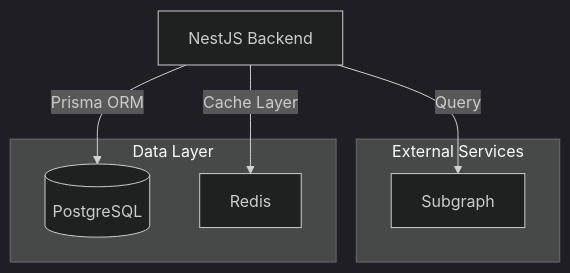
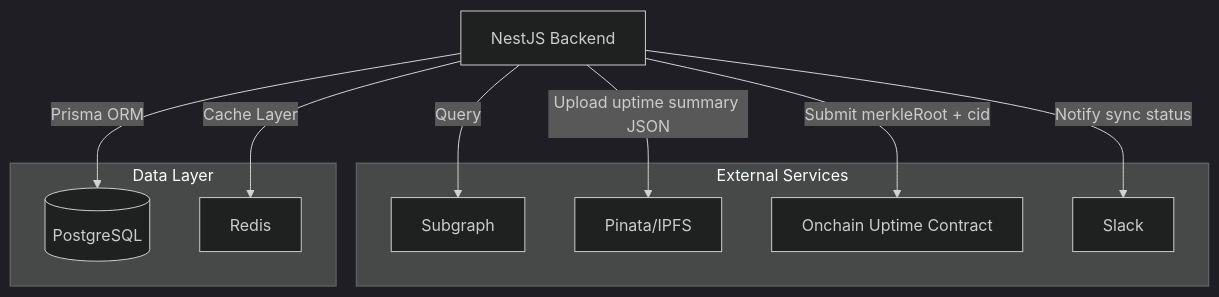
One commit to LFGInc/node-system-docs changed the diagram in docs/backend.md. Above: the diagram before and after it, drawn with Mermaid (dark theme). The commit also changed other lines of this file and 2 other files, not shown here.

Commit message:
docs: replace datagram integration with onchain uptime flow

````diff
--- a/docs/backend.md
+++ b/docs/backend.md
@@ -91,20 +93,29 @@
 ```mermaid
 graph TD
     A[NestJS Backend]
     G[Subgraph]
+    I[Pinata/IPFS]
+    C[Onchain Uptime Contract]
+    S[Slack]
     P[(PostgreSQL)]
     R[Redis]
 
     A -->|Query| G
     A -->|Prisma ORM| P
     A -->|Cache Layer| R
+    A -->|Upload uptime summary JSON| I
+    A -->|Submit merkleRoot + cid| C
+    A -->|Notify sync status| S
 
     subgraph External Services
         G
+        I
+        C
+        S
     end
 
     subgraph Data Layer
         P
         R
     end
 ```
````
